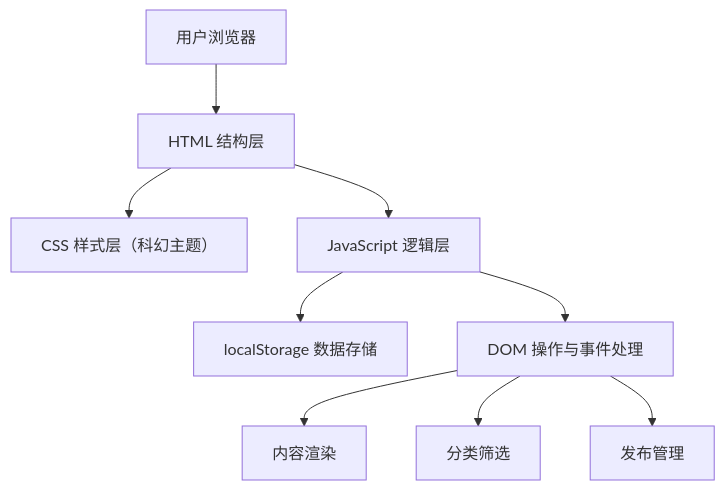
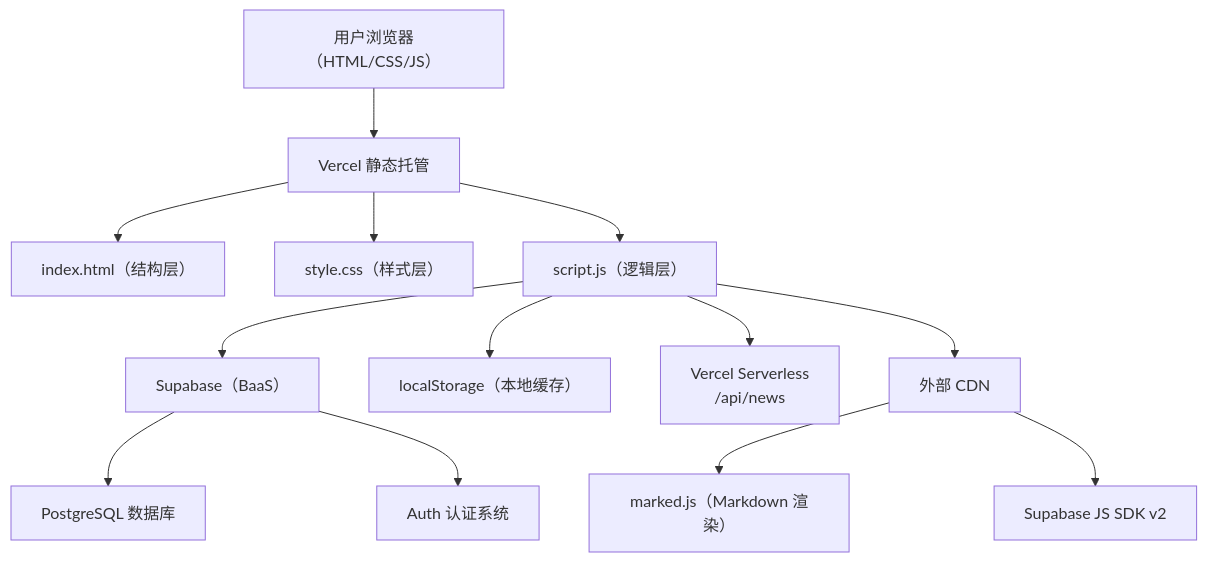
Before and after one commit to marrinhml/manlin-world: the diagram in .trae/documents/技术架构-深空构想.md, drawn with Mermaid. The commit also changed other lines of this file and 3 other files, not shown here.

````diff
--- a/.trae/documents/技术架构-深空构想.md
+++ b/.trae/documents/技术架构-深空构想.md
@@ -5,11 +5,15 @@
 ```mermaid
 flowchart TD
-    A["用户浏览器"] --> B["HTML 结构层"]
-    B --> C["CSS 样式层（科幻主题）"]
-    B --> D["JavaScript 逻辑层"]
-    D --> E["localStorage 数据存储"]
-    D --> F["DOM 操作与事件处理"]
-    F --> G["内容渲染"]
-    F --> H["分类筛选"]
-    F --> I["发布管理"]
+    A["用户浏览器（HTML/CSS/JS）"] --> B["Vercel 静态托管"]
+    B --> C["index.html（结构层）"]
+    B --> D["style.css（样式层）"]
+    B --> E["script.js（逻辑层）"]
+    E --> F["Supabase（BaaS）"]
+    F --> G["PostgreSQL 数据库"]
+    F --> H["Auth 认证系统"]
+    E --> I["localStorage（本地缓存）"]
+    E --> J["Vercel Serverless\n/api/news"]
+    E --> K["外部 CDN"]
+    K --> L["marked.js（Markdown 渲染）"]
+    K --> M["Supabase JS SDK v2"]
 ```
````
